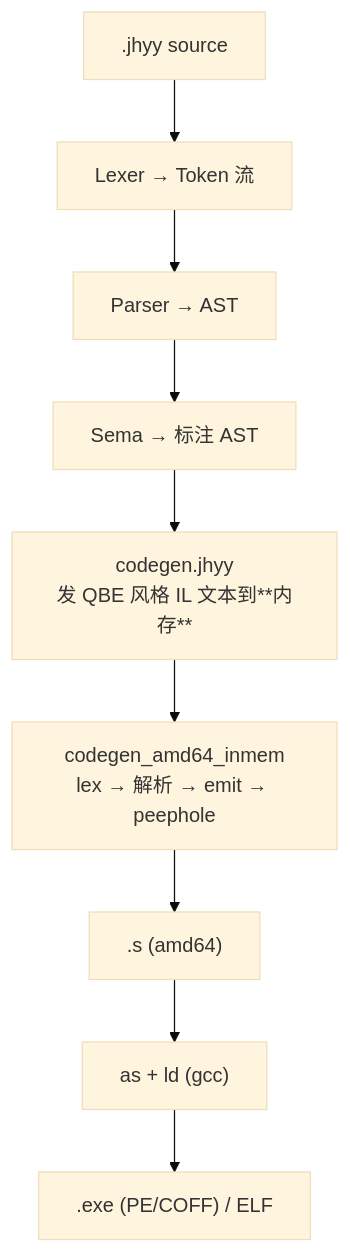
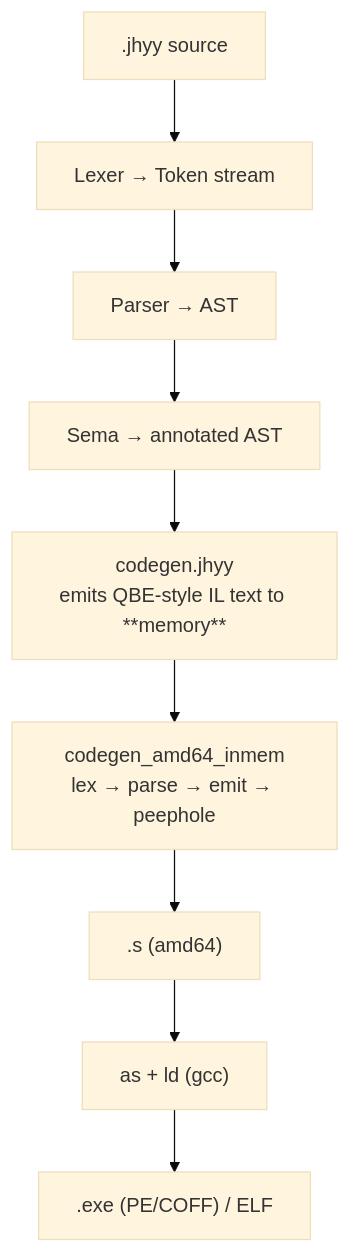
One commit to JiHuiYiYou/JiHuiYiYou-compiler changed the diagram in README.md. Above: the diagram before and after it, drawn with Mermaid (base theme). The commit also changed other lines of this file and 11 other files, not shown here.

````diff
--- a/README.md
+++ b/README.md
@@ -202,11 +218,11 @@
 ```mermaid
 flowchart TB
-    src[".jhyy source"] --> lex["Lexer → Token 流"]
+    src[".jhyy source"] --> lex["Lexer → Token stream"]
     lex --> parse["Parser → AST"]
-    parse --> sema["Sema → 标注 AST"]
-    sema --> il["codegen.jhyy<br/>发 QBE 风格 IL 文本到**内存**"]
-    il --> sb["codegen_amd64_inmem<br/>lex → 解析 → emit → peephole"]
+    parse --> sema["Sema → annotated AST"]
+    sema --> il["codegen.jhyy<br/>emits QBE-style IL text to **memory**"]
+    il --> sb["codegen_amd64_inmem<br/>lex → parse → emit → peephole"]
     sb --> asm[".s (amd64)"]
     asm --> ln["as + ld (gcc)"]
     ln --> exe[".exe (PE/COFF) / ELF"]
 ```
````
